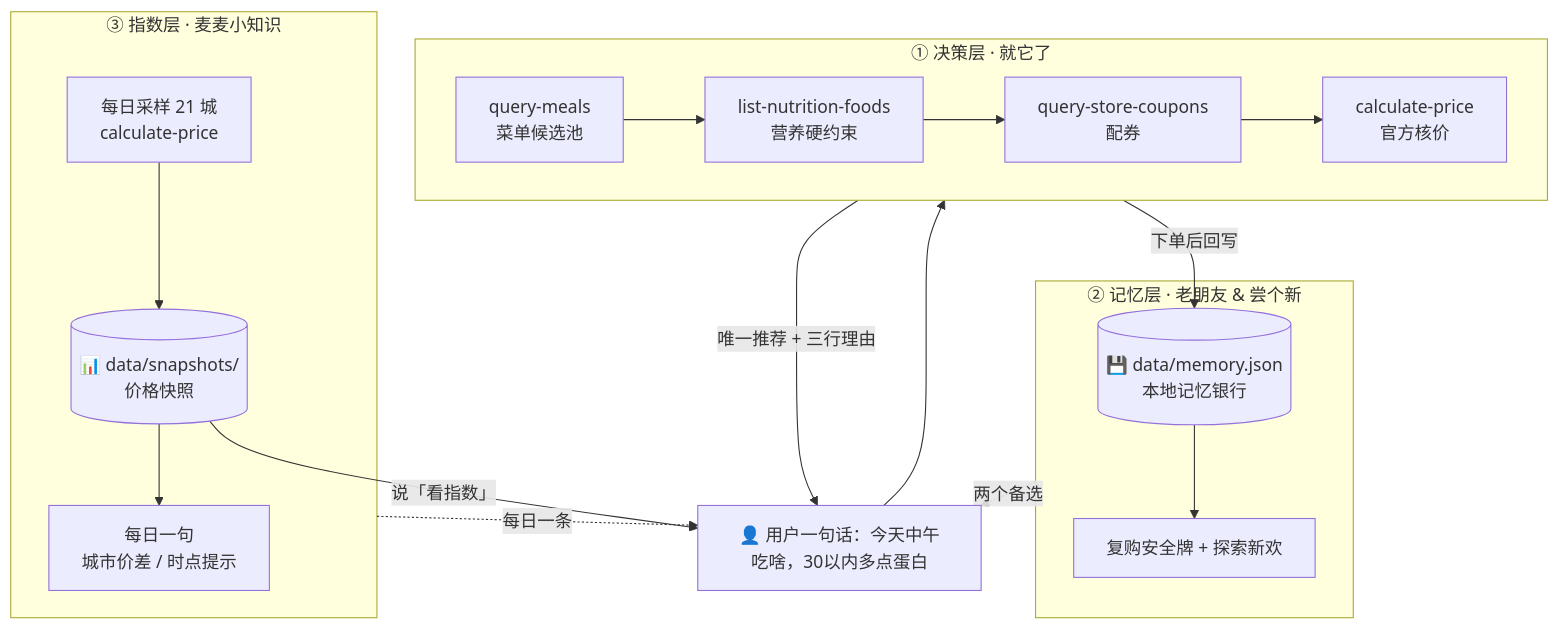
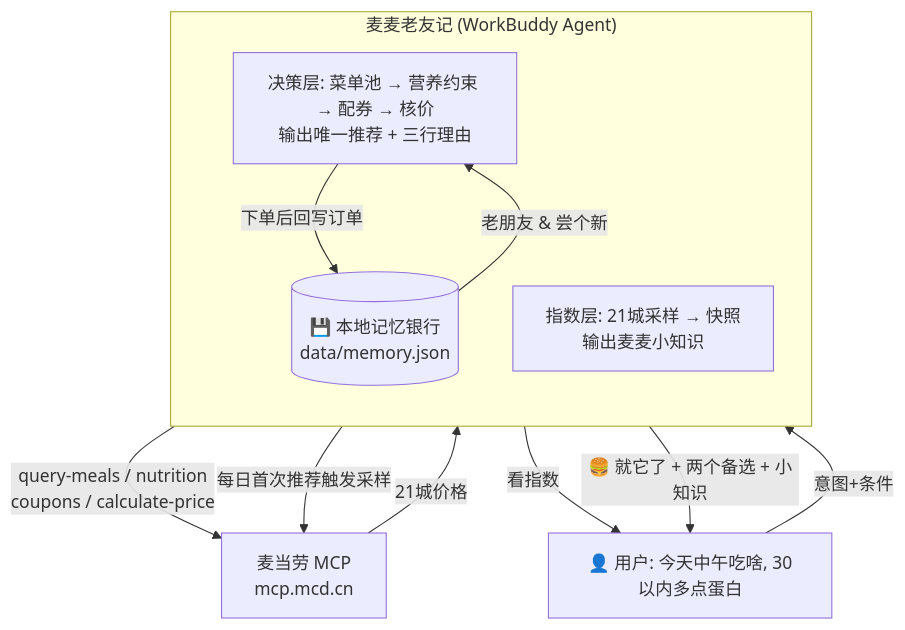
One commit to zhuxian518/mcd-1024-skill changed the diagram in README.md. Above: the diagram before and after it, drawn with Mermaid.

Commit message:
docs: 架构图改为紧凑方形布局

````diff
--- a/README.md
+++ b/README.md
@@ -36,24 +36,20 @@
 ```mermaid
-flowchart TB
-    U["👤 用户一句话：今天中午吃啥，30以内多点蛋白"]
+flowchart TD
+    U["👤 用户: 今天中午吃啥, 30以内多点蛋白"]
+    subgraph WB["麦麦老友记 (WorkBuddy Agent)"]
+        direction TB
+        D["决策层: 菜单池 → 营养约束 → 配券 → 核价<br/>输出唯一推荐 + 三行理由"]
+        M2[("💾 本地记忆银行<br/>data/memory.json")]
+        X["指数层: 21城采样 → 快照<br/>输出麦麦小知识"]
+    end
+    M["麦当劳 MCP<br/>mcp.mcd.cn"]
 
-    subgraph L1["① 决策层 · 就它了"]
-        direction LR
-        A1["query-meals<br/>菜单候选池"] --> A2["list-nutrition-foods<br/>营养硬约束"] --> A3["query-store-coupons<br/>配券"] --> A4["calculate-price<br/>官方核价"]
-    end
-
-    subgraph L2["② 记忆层 · 老朋友 & 尝个新"]
-        B1[("💾 data/memory.json<br/>本地记忆银行")] --> B2["复购安全牌 + 探索新欢"]
-    end
-
-    subgraph L3["③ 指数层 · 麦麦小知识"]
-        C1["每日采样 21 城<br/>calculate-price"] --> C2[("📊 data/snapshots/<br/>价格快照")] --> C3["每日一句<br/>城市价差 / 时点提示"]
-    end
-
-    U --> L1
-    L1 -->|"唯一推荐 + 三行理由"| U
-    L2 -.->|"两个备选"| U
-    L3 -.->|"每日一条"| U
-    A4 -->|"下单后回写"| B1
-    C2 -->|"说「看指数」"| U
+    U -->|"意图+条件"| D
+    D -->|"query-meals / nutrition<br/>coupons / calculate-price"| M
+    D -->|"下单后回写订单"| M2
+    M2 -->|"老朋友 & 尝个新"| D
+    D -->|"每日首次推荐触发采样"| M
+    M -->|"21城价格"| X
+    X -->|"看指数"| U
+    D -->|"🍔 就它了 + 两个备选 + 小知识"| U
 ```
````
